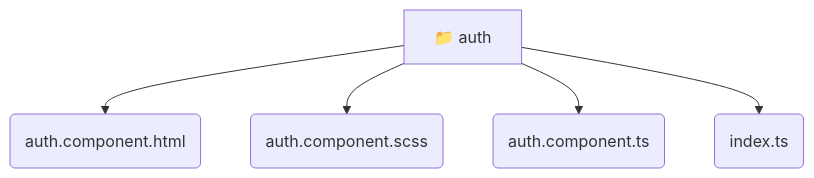
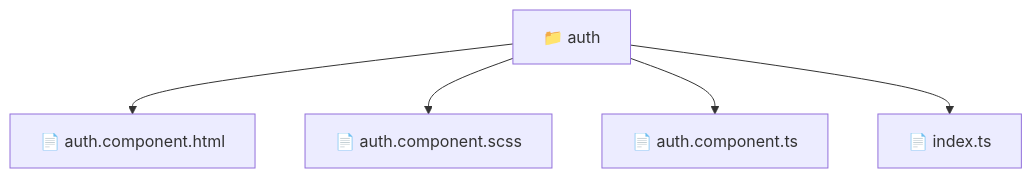
Before and after one commit to beginwebdev2002/fullstack-mavluda: the diagram in frontend/src/pages/auth/README.md, drawn with Mermaid. The commit also changed other lines of this file and 163 other files, not shown here.

````diff
--- a/frontend/src/pages/auth/README.md
+++ b/frontend/src/pages/auth/README.md
@@ -11,8 +10,8 @@
 ```mermaid
 graph TD
-  auth[📁 auth]
-  auth --> auth_auth_component_html(auth.component.html)
-  auth --> auth_auth_component_scss(auth.component.scss)
-  auth --> auth_auth_component_ts(auth.component.ts)
-  auth --> auth_index_ts(index.ts)
+  Root["📁 auth"]
+  Root --> authcomponenthtml["📄 auth.component.html"]
+  Root --> authcomponentscss["📄 auth.component.scss"]
+  Root --> authcomponentts["📄 auth.component.ts"]
+  Root --> indexts["📄 index.ts"]
 ```
````
